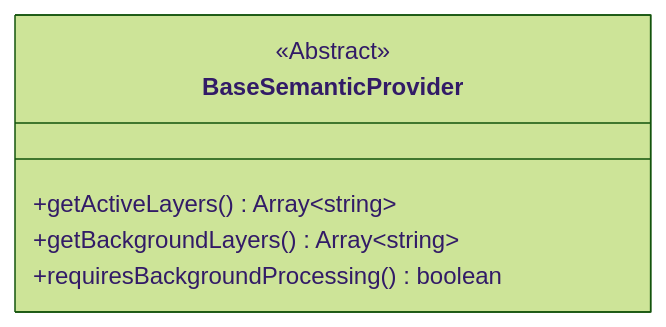
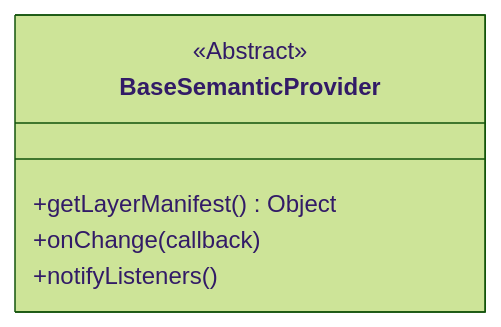
One commit to DrMarcoGilardi/BRANI-360 changed the seventh of 49 diagrams in docs/CLIENT_DOCS.md. Above: the diagram before and after it, drawn with Mermaid (forest theme). The commit also changed other lines of this file and 1 other file, not shown here.

````diff
--- a/docs/CLIENT_DOCS.md
+++ b/docs/CLIENT_DOCS.md
@@ -152,9 +152,9 @@
 ```mermaid
 classDiagram
 class BaseSemanticProvider{
 <<Abstract>>
-+getActiveLayers() Array~string~
-+getBackgroundLayers() Array~string~
-+requiresBackgroundProcessing() boolean
++getLayerManifest() Object
++onChange(callback)
++notifyListeners()
 }
 ```
````
